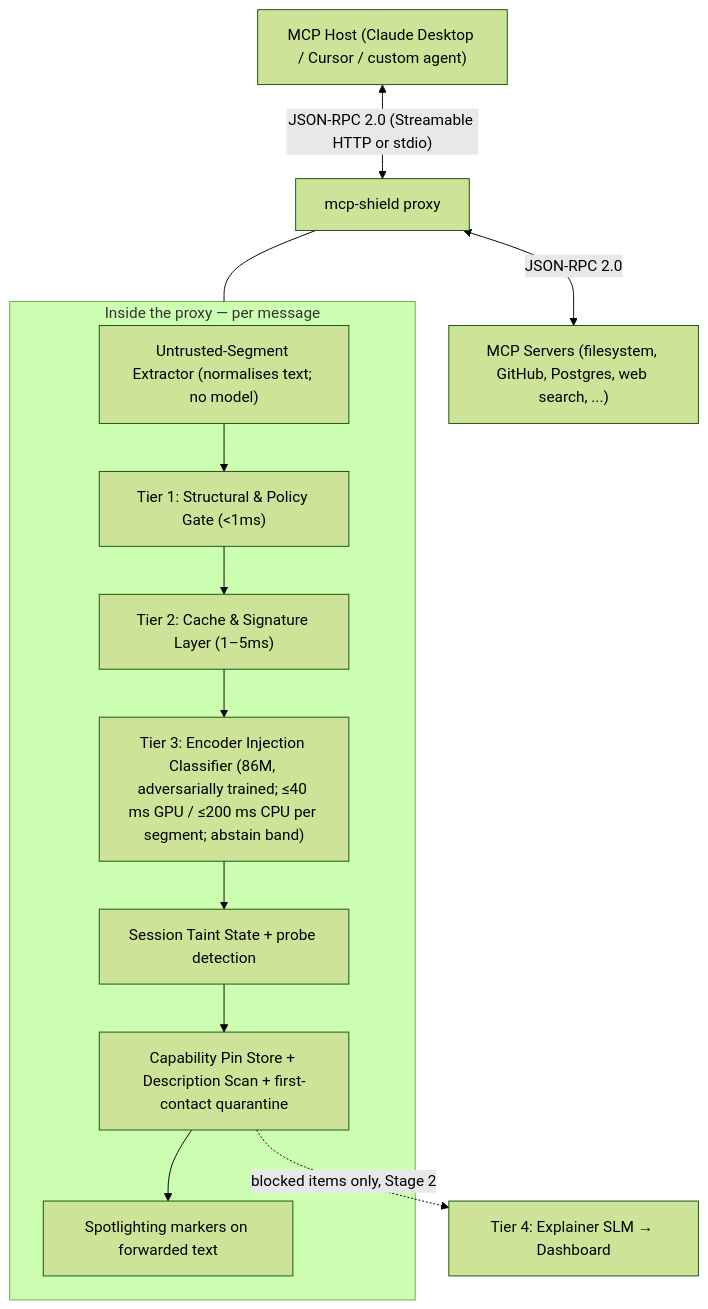
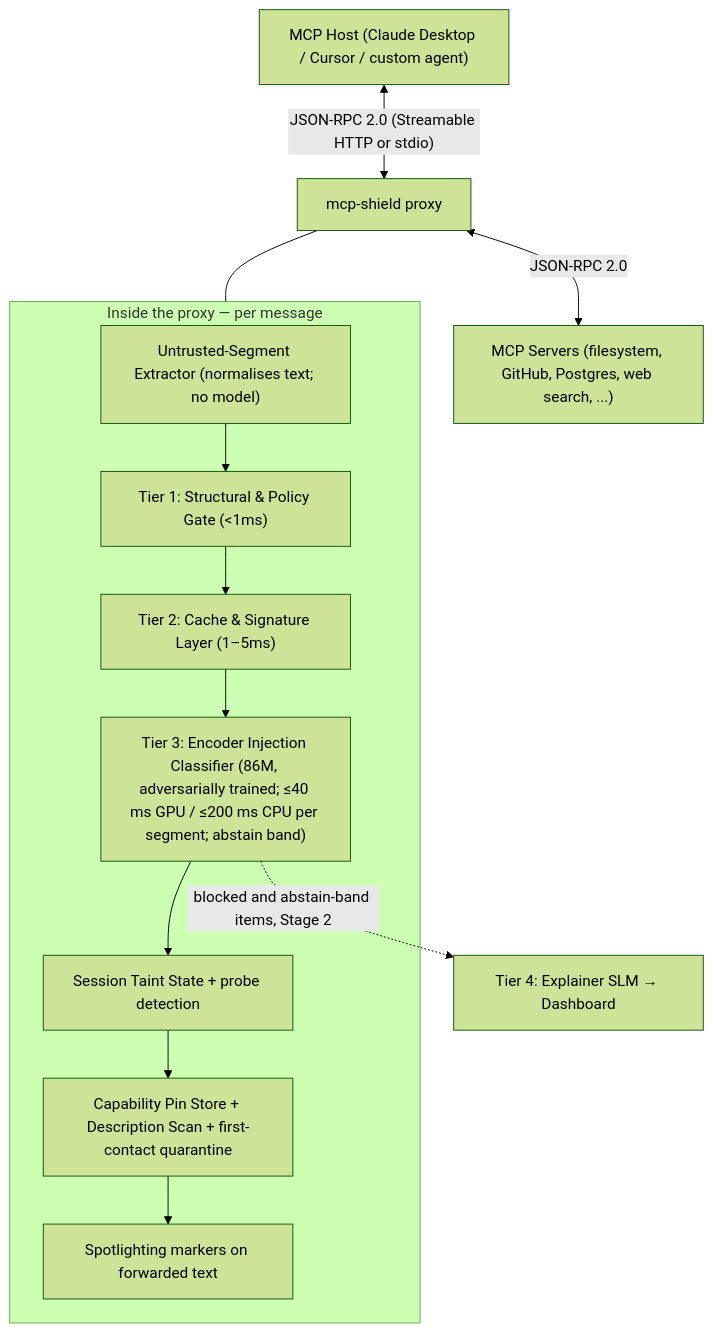
Before and after one commit to rishikeshvarma/MCP-Shield: the diagram in 00 - Master Architecture & Overview.md, drawn with Mermaid (forest theme). The commit also changed other lines of this file and 18 other files, not shown here.

````diff
--- a/00 - Master Architecture & Overview.md
+++ b/00 - Master Architecture & Overview.md
@@ -68,17 +68,17 @@
 ```mermaid
 graph TD
     Host["MCP Host (Claude Desktop / Cursor / custom agent)"] <-->|"JSON-RPC 2.0 (Streamable HTTP or stdio)"| Proxy["mcp-shield proxy"]
     Proxy <-->|"JSON-RPC 2.0"| Servers["MCP Servers (filesystem, GitHub, Postgres, web search, ...)"]
 
     subgraph Inside["Inside the proxy — per message"]
         Ext["Untrusted-Segment Extractor (normalises text; no model)"] --> T1["Tier 1: Structural & Policy Gate (<1ms)"]
         T1 --> T2["Tier 2: Cache & Signature Layer (1–5ms)"]
         T2 --> T3["Tier 3: Encoder Injection Classifier (86M, adversarially trained; ≤40 ms GPU / ≤200 ms CPU per segment; abstain band)"]
         T3 --> Taint["Session Taint State + probe detection"]
         Taint --> Pin["Capability Pin Store + Description Scan + first-contact quarantine"]
         Pin --> Spot["Spotlighting markers on forwarded text"]
     end
 
     Proxy --- Inside
-    Pin -.->|"blocked items only, Stage 2"| T4["Tier 4: Explainer SLM → Dashboard"]
+    T3 -.->|"blocked and abstain-band items, Stage 2"| T4["Tier 4: Explainer SLM → Dashboard"]
 ```
````
